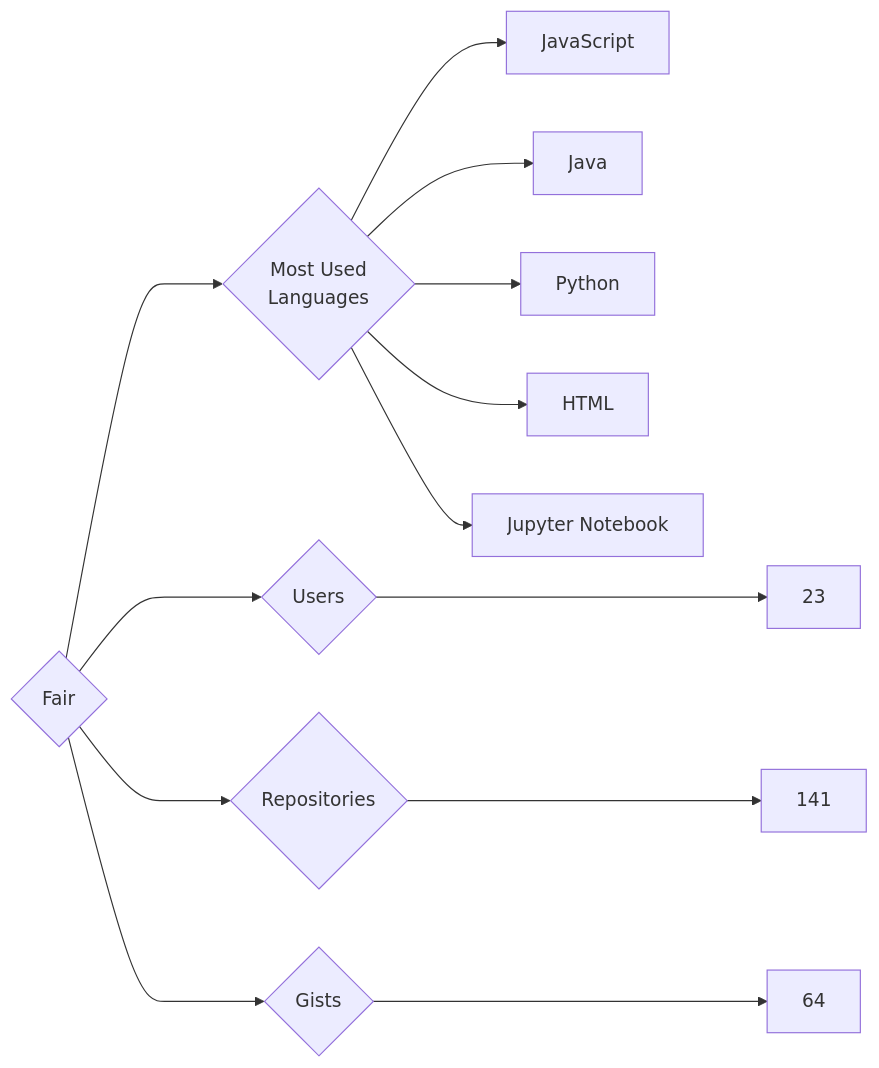
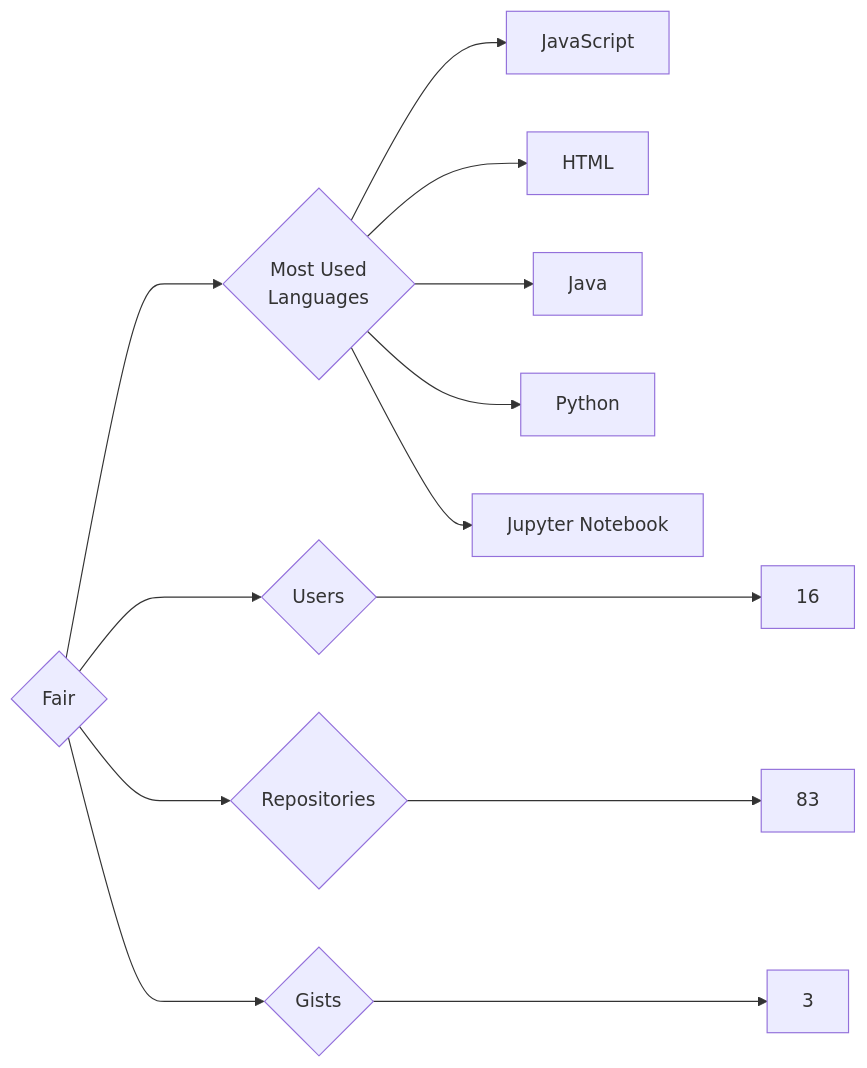
The diagram in targets/Fair/README.md (trickest/insiders), drawn with Mermaid before and after one commit. The commit also changed 777 other files, not shown here.

````diff
--- a/targets/Fair/README.md
+++ b/targets/Fair/README.md
@@ -3,13 +3,13 @@
 ```mermaid
 graph LR
 COMPANY_NAME{Fair}
-COMPANY_NAME ---> U{Users} ---> UN[23]
-COMPANY_NAME ---> R{Repositories} ---> RN[141]
-COMPANY_NAME ---> G{Gists} ---> GN[64]
+COMPANY_NAME ---> U{Users} ---> UN[16]
+COMPANY_NAME ---> R{Repositories} ---> RN[83]
+COMPANY_NAME ---> G{Gists} ---> GN[3]
 COMPANY_NAME ---> ML{Most Used<br>Languages}
 ML --> JavaScript[JavaScript]
+ML --> HTML[HTML]
 ML --> Java[Java]
 ML --> Python[Python]
-ML --> HTML[HTML]
 ML --> Jupyter_Notebook[Jupyter Notebook]
 ```
````
